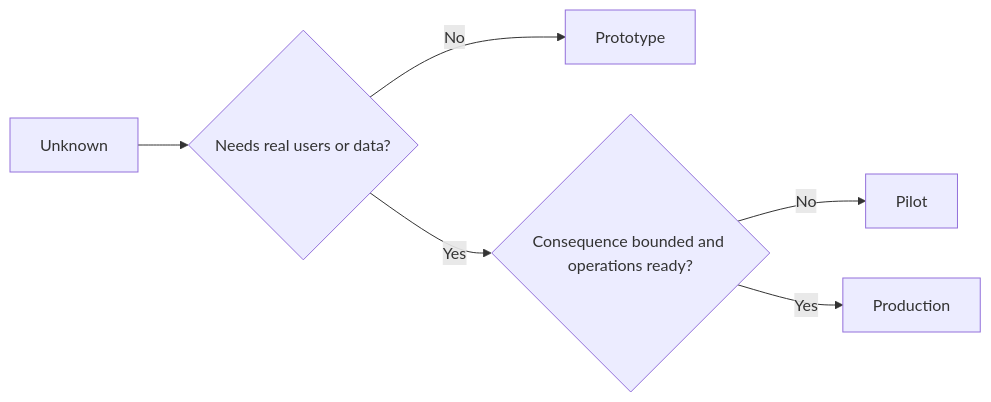
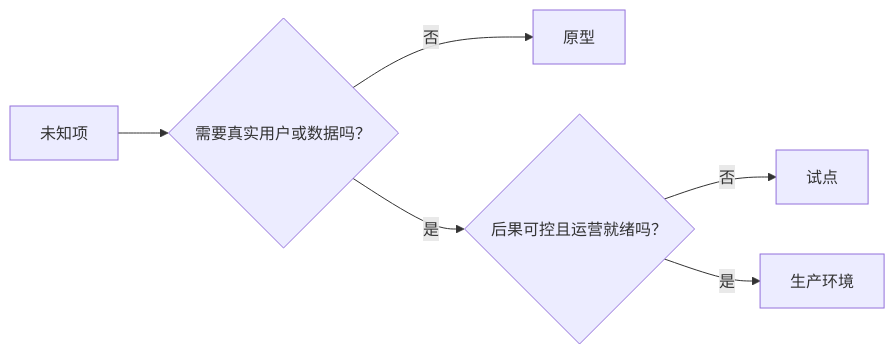
The diagram in phases/14-agent-engineering/53-prototype-pilot-or-production/docs/zh.md (fancyboi999/ai-engineering-from-scratch-zh), drawn with Mermaid before and after one commit. The commit also changed 35 other files, not shown here.

````diff
--- a/phases/14-agent-engineering/53-prototype-pilot-or-production/docs/zh.md
+++ b/phases/14-agent-engineering/53-prototype-pilot-or-production/docs/zh.md
@@ -64,8 +64,8 @@
 ```mermaid
 flowchart LR
-  U[Unknown] --> R{Needs real users or data?}
-  R -->|No| P[Prototype]
-  R -->|Yes| C{Consequence bounded and operations ready?}
-  C -->|No| L[Pilot]
-  C -->|Yes| D[Production]
+  U[未知项] --> R{需要真实用户或数据吗？}
+  R -->|否| P[原型]
+  R -->|是| C{后果可控且运营就绪吗？}
+  C -->|否| L[试点]
+  C -->|是| D[生产环境]
 ```
````
